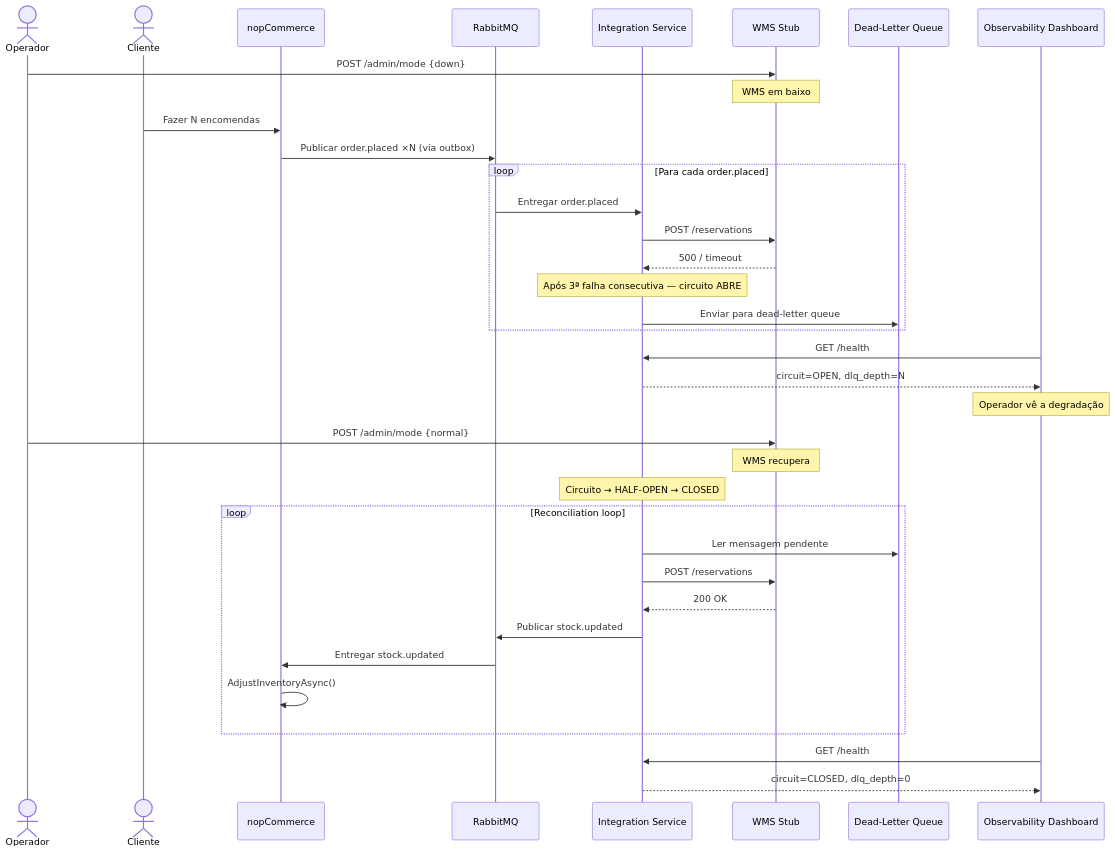
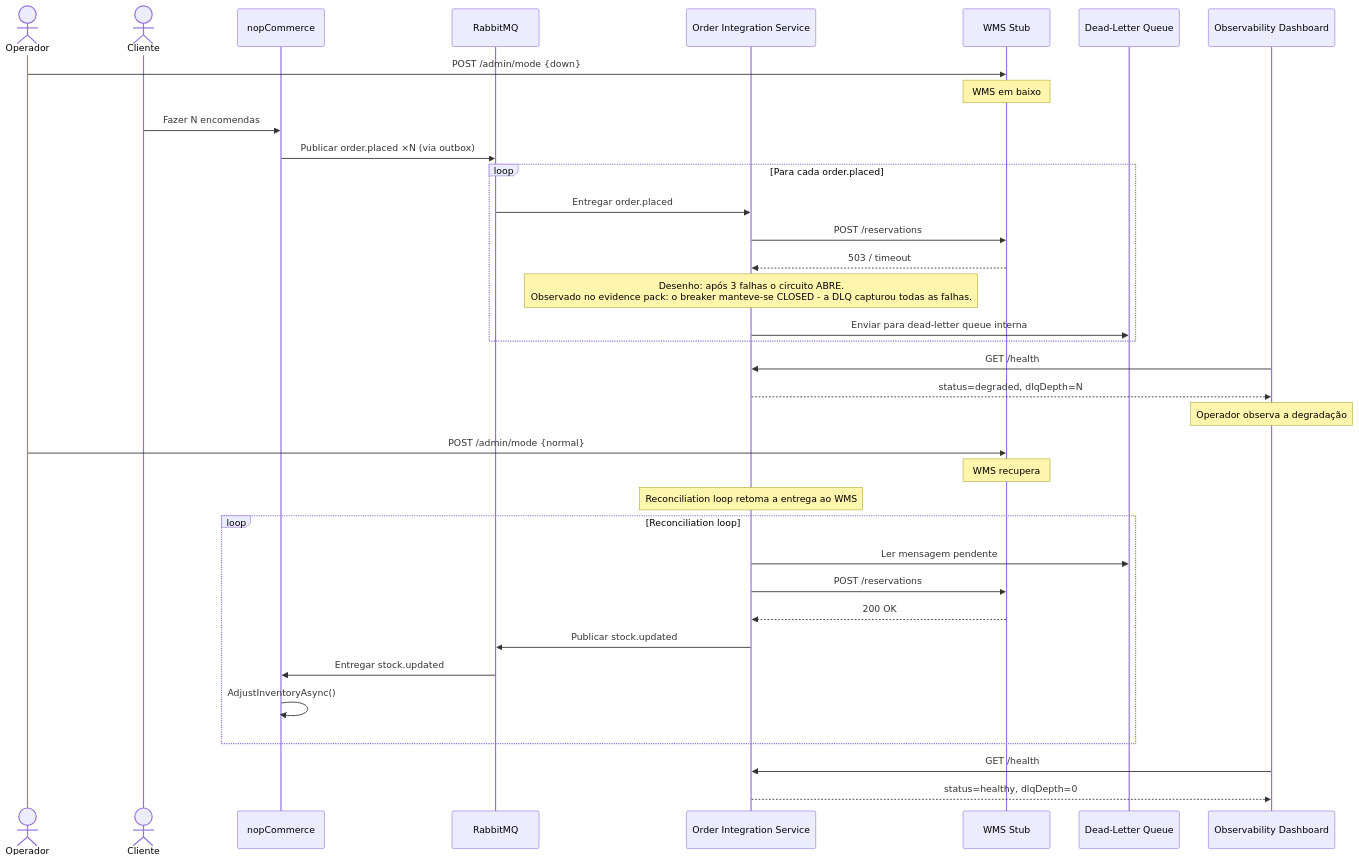
Before and after one commit to AS-Assignment2/AS-2-NopCommerce: the second of 2 diagrams in docs/resumo-projeto.md, drawn with Mermaid. The commit also changed other lines of this file and 24 other files, not shown here.

First line of the commit message:
docs: Part 2 final-delivery revision + evidence pack

````diff
--- a/docs/resumo-projeto.md
+++ b/docs/resumo-projeto.md
@@ -183,46 +198,46 @@
 ```mermaid
 sequenceDiagram
     actor Operador
     actor Cliente
     participant NOP as nopCommerce
     participant RMQ as RabbitMQ
-    participant IntSvc as Integration Service
+    participant OIS as Order Integration Service
     participant WMS as WMS Stub
     participant DLQ as Dead-Letter Queue
     participant Dashboard as Observability Dashboard
 
     Operador->>WMS: POST /admin/mode {down}
     Note over WMS: WMS em baixo
 
     Cliente->>NOP: Fazer N encomendas
     NOP->>RMQ: Publicar order.placed ×N (via outbox)
 
     loop Para cada order.placed
-        RMQ->>IntSvc: Entregar order.placed
-        IntSvc->>WMS: POST /reservations
-        WMS-->>IntSvc: 500 / timeout
-        Note over IntSvc: Após 3ª falha consecutiva — circuito ABRE
-        IntSvc->>DLQ: Enviar para dead-letter queue
+        RMQ->>OIS: Entregar order.placed
+        OIS->>WMS: POST /reservations
+        WMS-->>OIS: 503 / timeout
+        Note over OIS: Desenho: após 3 falhas o circuito ABRE.<br/>Observado no evidence pack: o breaker manteve-se CLOSED - a DLQ capturou todas as falhas.
+        OIS->>DLQ: Enviar para dead-letter queue interna
     end
 
-    Dashboard->>IntSvc: GET /health
-    IntSvc-->>Dashboard: circuit=OPEN, dlq_depth=N
-    Note over Dashboard: Operador vê a degradação
+    Dashboard->>OIS: GET /health
+    OIS-->>Dashboard: status=degraded, dlqDepth=N
+    Note over Dashboard: Operador observa a degradação
 
     Operador->>WMS: POST /admin/mode {normal}
     Note over WMS: WMS recupera
 
-    Note over IntSvc: Circuito → HALF-OPEN → CLOSED
+    Note over OIS: Reconciliation loop retoma a entrega ao WMS
 
     loop Reconciliation loop
-        IntSvc->>DLQ: Ler mensagem pendente
-        IntSvc->>WMS: POST /reservations
-        WMS-->>IntSvc: 200 OK
-        IntSvc->>RMQ: Publicar stock.updated
+        OIS->>DLQ: Ler mensagem pendente
+        OIS->>WMS: POST /reservations
+        WMS-->>OIS: 200 OK
+        OIS->>RMQ: Publicar stock.updated
         RMQ->>NOP: Entregar stock.updated
         NOP->>NOP: AdjustInventoryAsync()
     end
 
-    Dashboard->>IntSvc: GET /health
-    IntSvc-->>Dashboard: circuit=CLOSED, dlq_depth=0
+    Dashboard->>OIS: GET /health
+    OIS-->>Dashboard: status=healthy, dlqDepth=0
 ```
````
